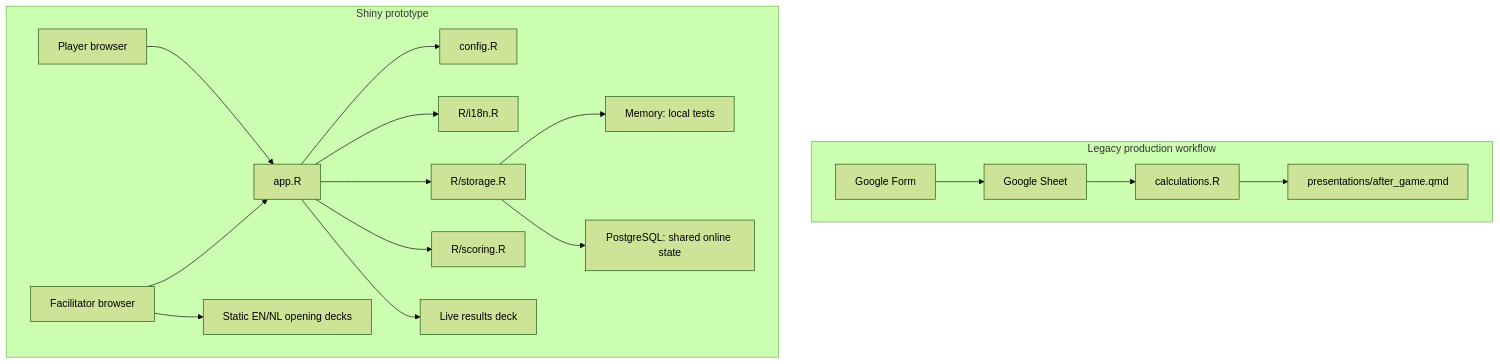
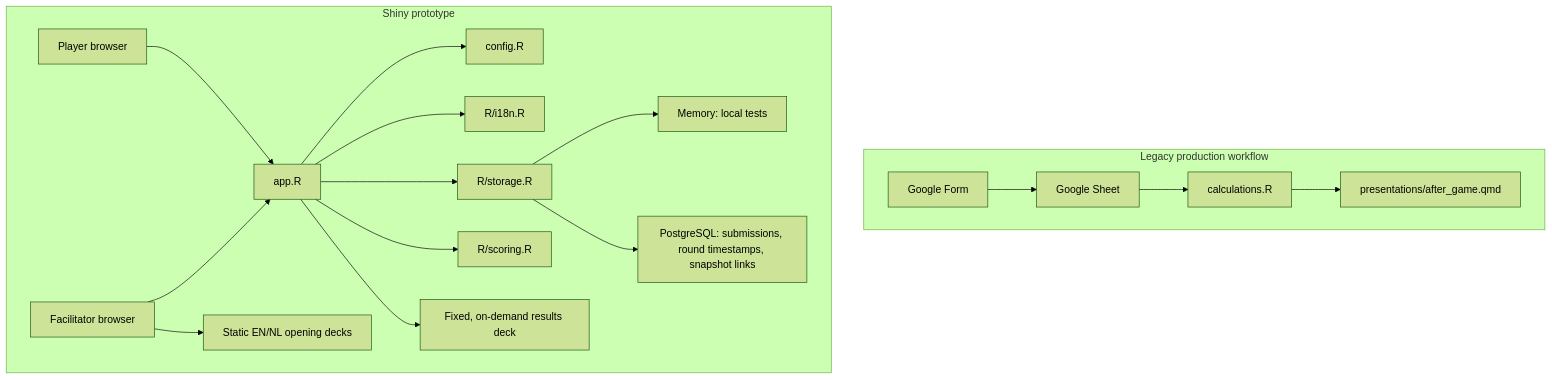
The diagram in _MAP.md (fthielen/serious-game), drawn with Mermaid (forest theme) before and after one commit. The commit also changed other lines of this file and 8 other files, not shown here.

Commit message:
Use write-mostly game submissions and fixed results snapshots

````diff
--- a/_MAP.md
+++ b/_MAP.md
@@ -16,21 +17,21 @@
 ```mermaid
 flowchart TB
     subgraph Legacy["Legacy production workflow"]
       LF["Google Form"] --> LS["Google Sheet"]
       LS --> LC["calculations.R"]
       LC --> LA["presentations/after_game.qmd"]
     end
 
     subgraph Shiny["Shiny prototype"]
       P["Player browser"] --> APP["app.R"]
       F["Facilitator browser"] --> APP
       APP --> CFG["config.R"]
       APP --> I18N["R/i18n.R"]
       APP --> STORE["R/storage.R"]
       STORE --> MEM["Memory: local tests"]
-      STORE --> PG["PostgreSQL: shared online state"]
+      STORE --> PG["PostgreSQL: submissions, round timestamps, snapshot links"]
       APP --> SCORE["R/scoring.R"]
-      APP --> LIVE["Live results deck"]
+      APP --> LIVE["Fixed, on-demand results deck"]
       F --> INTRO["Static EN/NL opening decks"]
     end
 ```
````
